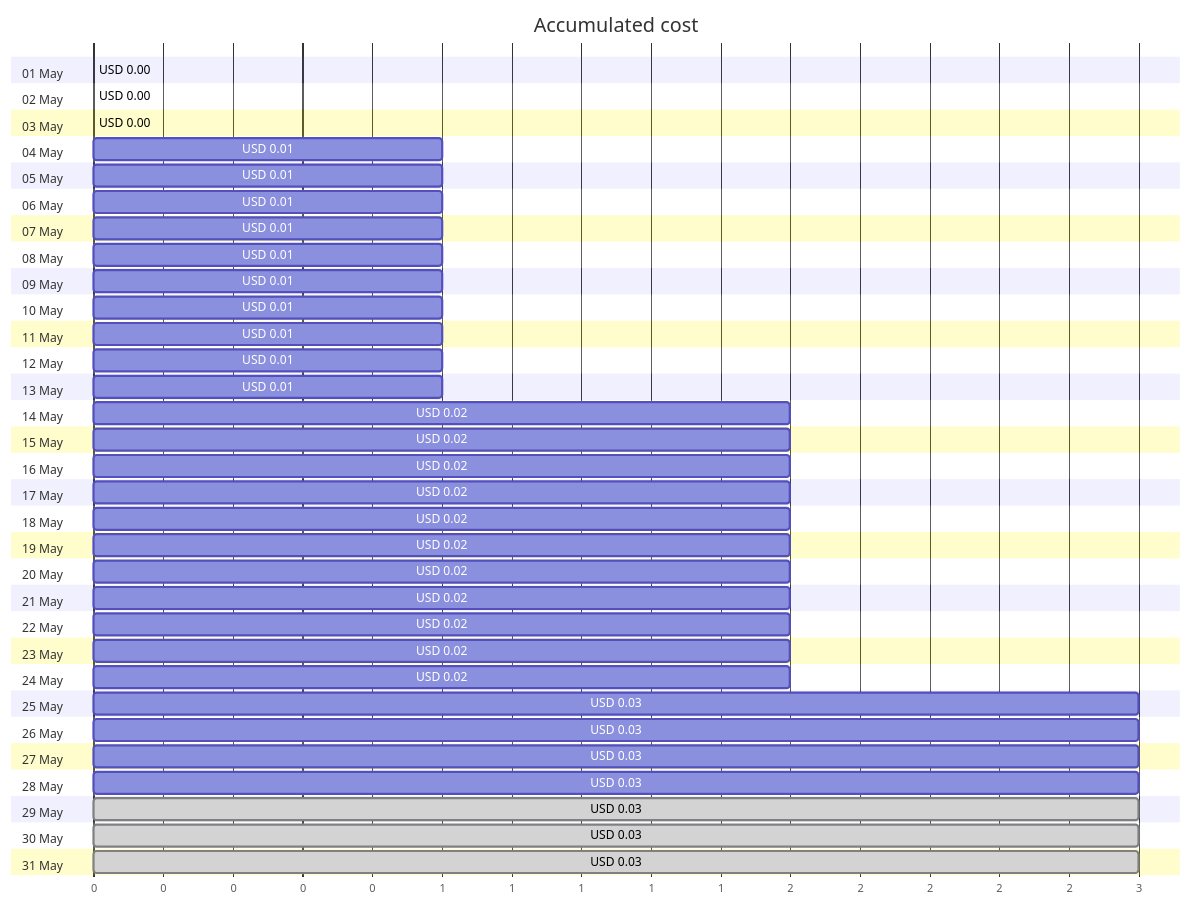
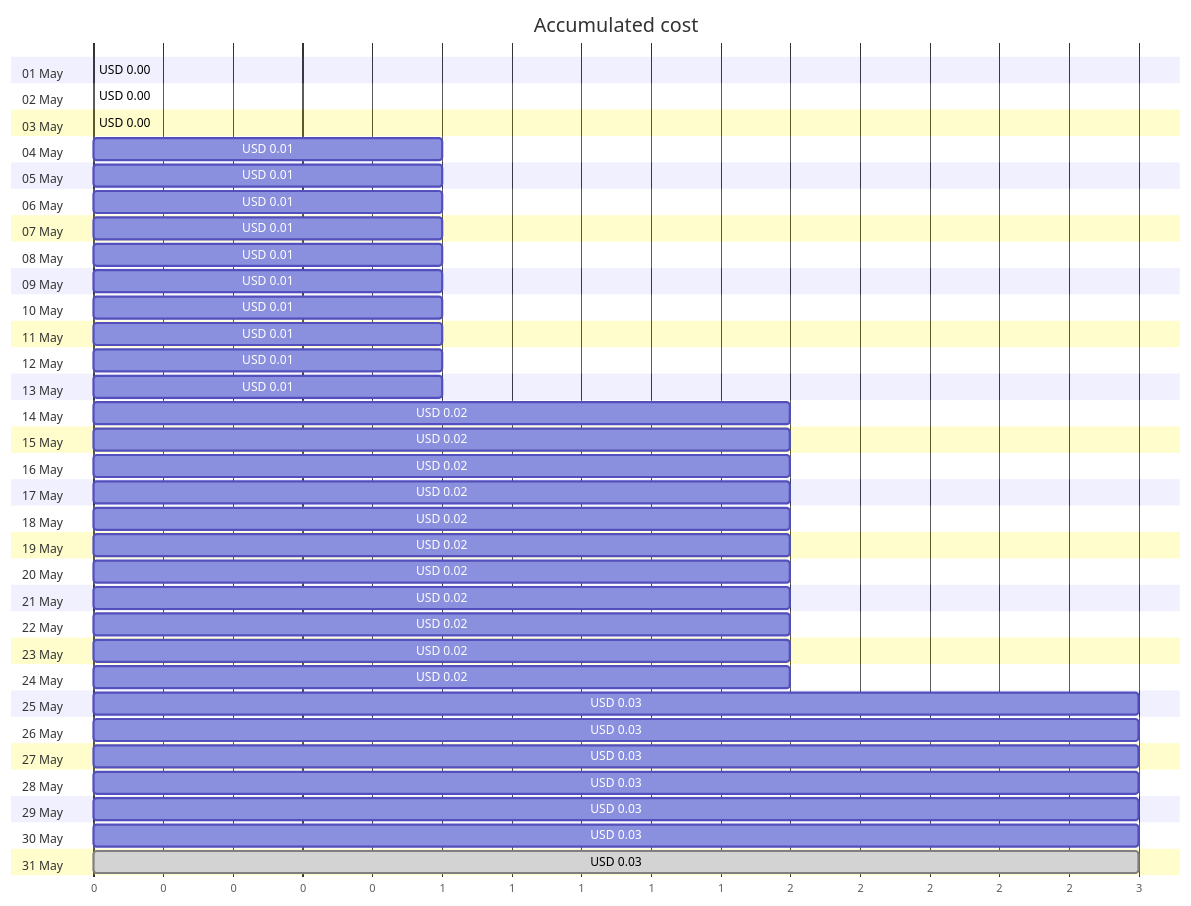
The first of 4 diagrams in cost-reports/personal-site/personalsiteapistorage.md (jpfulton/azure-personal-reports), drawn with Mermaid before and after one commit. The commit also changed other lines of this file and 6 other files, not shown here.

````diff
--- a/cost-reports/personal-site/personalsiteapistorage.md
+++ b/cost-reports/personal-site/personalsiteapistorage.md
@@ -20,68 +20,68 @@
 ```mermaid
 gantt
    title Accumulated cost
    dateFormat  X
    axisFormat %s
    section 01 May
    USD 0.00 :0, 0
    section 02 May
    USD 0.00 :0, 0
    section 03 May
    USD 0.00 :0, 0
    section 04 May
    USD 0.01 :0, 1
    section 05 May
    USD 0.01 :0, 1
    section 06 May
    USD 0.01 :0, 1
    section 07 May
    USD 0.01 :0, 1
    section 08 May
    USD 0.01 :0, 1
    section 09 May
    USD 0.01 :0, 1
    section 10 May
    USD 0.01 :0, 1
    section 11 May
    USD 0.01 :0, 1
    section 12 May
    USD 0.01 :0, 1
    section 13 May
    USD 0.01 :0, 1
    section 14 May
    USD 0.02 :0, 2
    section 15 May
    USD 0.02 :0, 2
    section 16 May
    USD 0.02 :0, 2
    section 17 May
    USD 0.02 :0, 2
    section 18 May
    USD 0.02 :0, 2
    section 19 May
    USD 0.02 :0, 2
    section 20 May
    USD 0.02 :0, 2
    section 21 May
    USD 0.02 :0, 2
    section 22 May
    USD 0.02 :0, 2
    section 23 May
    USD 0.02 :0, 2
    section 24 May
    USD 0.02 :0, 2
    section 25 May
    USD 0.03 :0, 3
    section 26 May
    USD 0.03 :0, 3
    section 27 May
    USD 0.03 :0, 3
    section 28 May
    USD 0.03 :0, 3
    section 29 May
-   USD 0.03 : done, 0, 3
+   USD 0.03 :0, 3
    section 30 May
-   USD 0.03 : done, 0, 3
+   USD 0.03 :0, 3
    section 31 May
    USD 0.03 : done, 0, 3
 ```
````
